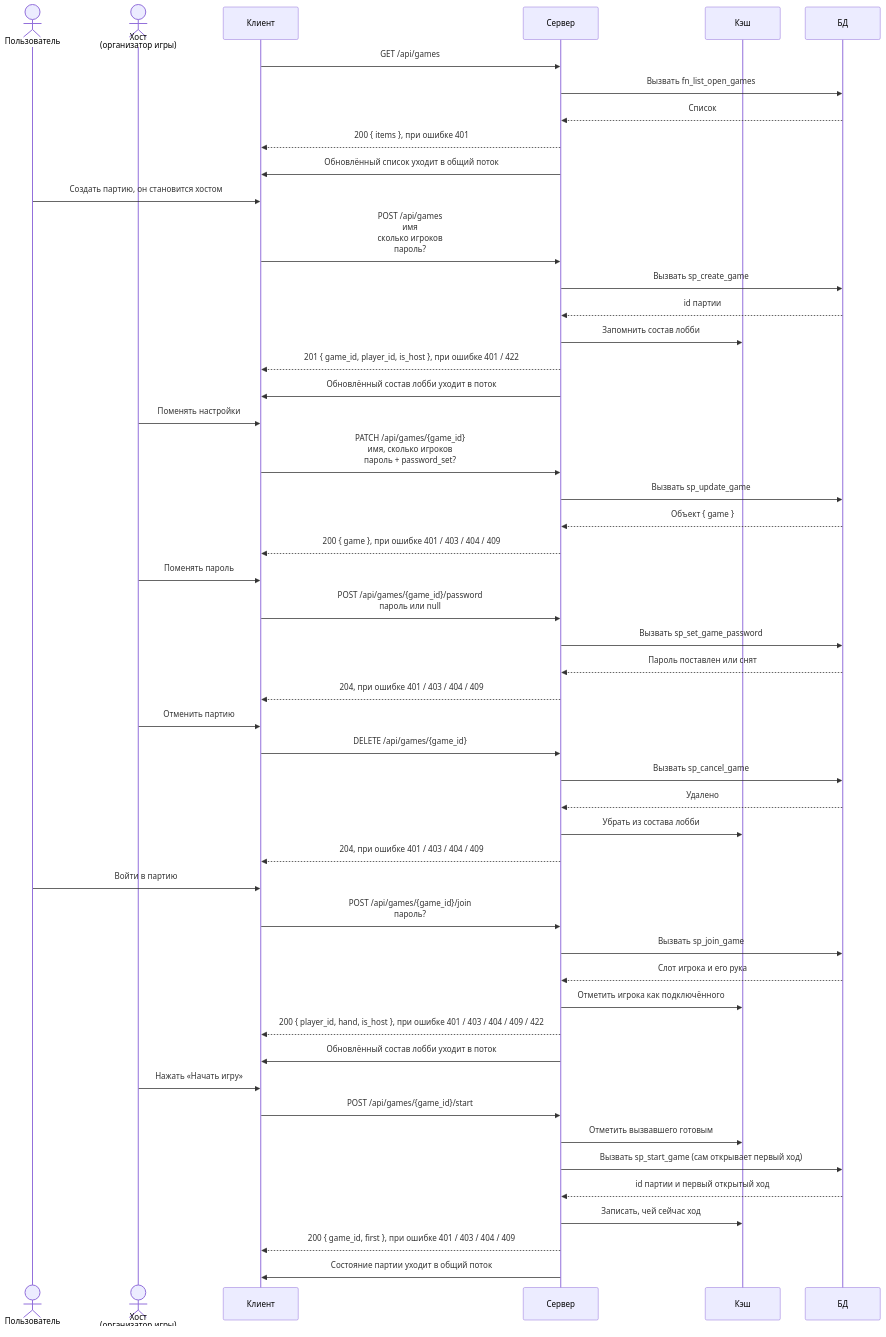
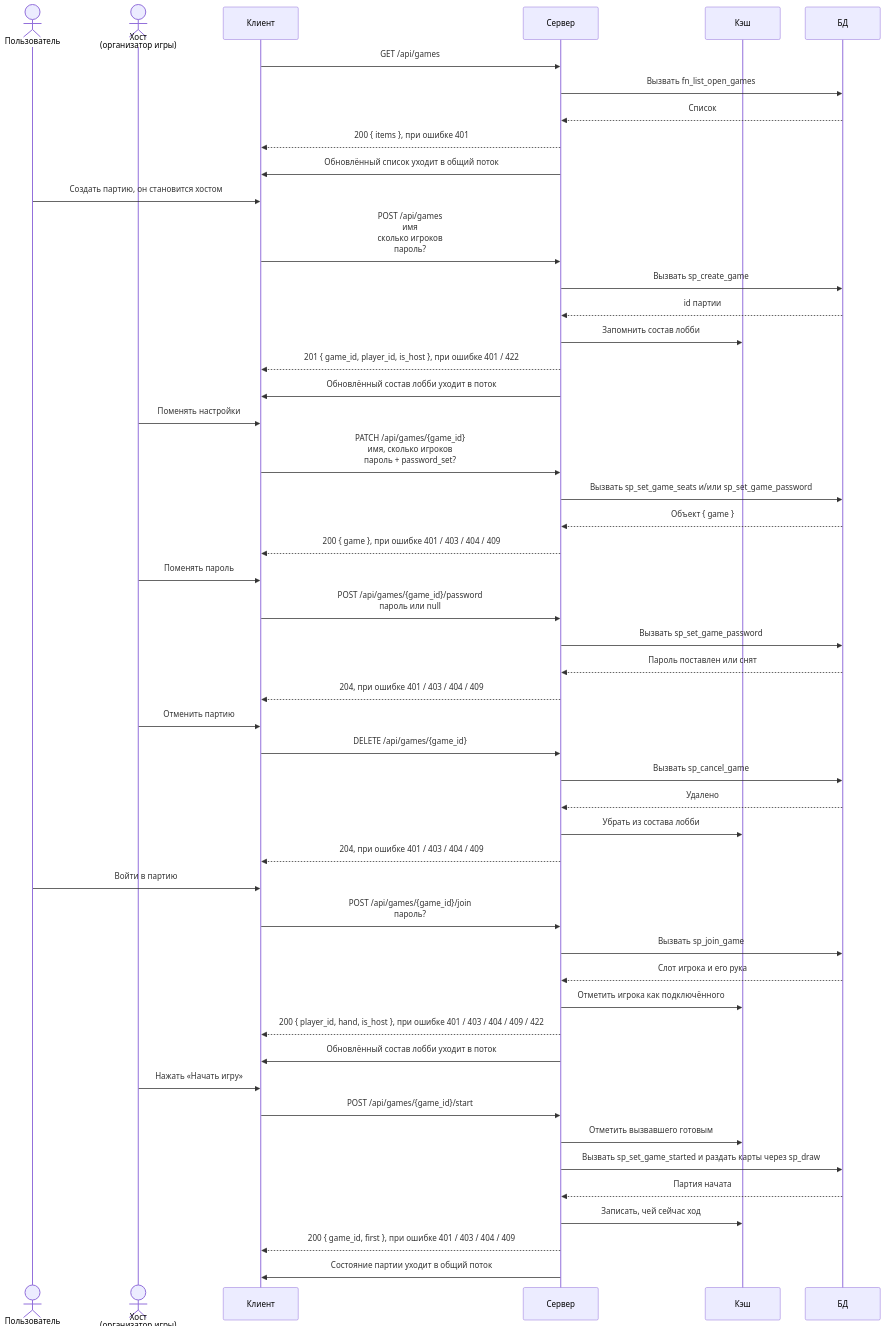
The diagram in diagrams/lobby.mmd (docup1/edin-game), drawn with Mermaid before and after one commit. The commit also changed 18 other files, not shown here.

```diff
--- a/diagrams/lobby.mmd
+++ b/diagrams/lobby.mmd
@@ -1,91 +1,91 @@
 %% Всё до игры: список, создание, настройки, отмена, вход, старт.
 %% Действуют двое: обычный пользователь и хост, то есть организатор партии.
 %% Партия ещё не началась, поэтому состав лобби в кэше, факты в базе.
 %% Диаграмма делится по смыслу, а не по наличию {game_id}: пароль ставят до
 %% игры, поэтому разбирается здесь, хотя по духу это админская настройка.
 sequenceDiagram
     actor U as Пользователь
     actor H as Хост<br/>(организатор игры)
     participant C as Клиент
     participant S as Сервер
     participant K as Кэш
     participant D as БД
 
     %% Фильтры has_slot, mine и search живут в колонке Query таблицы в API.md,
     %% на стрелке их нет: список и так уходит в поток целиком.
     C->>S: GET /api/games
     S->>D: Вызвать fn_list_open_games
     D-->>S: Список
     S-->>C: 200 { items }, при ошибке 401
     S->>C: Обновлённый список уходит в общий поток
 
     U->>C: Создать партию, он становится хостом
     C->>S: POST /api/games<br/>имя<br/>сколько игроков<br/>пароль?
     S->>D: Вызвать sp_create_game
     D-->>S: id партии
     S->>K: Запомнить состав лобби
     S-->>C: 201 { game_id, player_id, is_host }, при ошибке 401 / 422
     S->>C: Обновлённый состав лобби уходит в поток
 
     H->>C: Поменять настройки
     C->>S: PATCH /api/games/{game_id}<br/>имя, сколько игроков<br/>пароль + password_set?
-    S->>D: Вызвать sp_update_game
+    S->>D: Вызвать sp_set_game_seats и/или sp_set_game_password
     D-->>S: Объект { game }
     S-->>C: 200 { game }, при ошибке 401 / 403 / 404 / 409
 
     H->>C: Поменять пароль
     C->>S: POST /api/games/{game_id}/password<br/>пароль или null
     S->>D: Вызвать sp_set_game_password
     D-->>S: Пароль поставлен или снят
     S-->>C: 204, при ошибке 401 / 403 / 404 / 409
 
     H->>C: Отменить партию
     C->>S: DELETE /api/games/{game_id}
     S->>D: Вызвать sp_cancel_game
     D-->>S: Удалено
     S->>K: Убрать из состава лобби
     S-->>C: 204, при ошибке 401 / 403 / 404 / 409
 
     U->>C: Войти в партию
     C->>S: POST /api/games/{game_id}/join<br/>пароль?
     S->>D: Вызвать sp_join_game
     D-->>S: Слот игрока и его рука
     S->>K: Отметить игрока как подключённого
     S-->>C: 200 { player_id, hand, is_host }, при ошибке 401 / 403 / 404 / 409 / 422
     S->>C: Обновлённый состав лобби уходит в поток
 
     H->>C: Нажать «Начать игру»
     C->>S: POST /api/games/{game_id}/start
     S->>K: Отметить вызвавшего готовым
-    S->>D: Вызвать sp_start_game (сам открывает первый ход)
-    D-->>S: id партии и первый открытый ход
+    S->>D: Вызвать sp_set_game_started и раздать карты через sp_draw
+    D-->>S: Партия начата
     S->>K: Записать, чей сейчас ход
     S-->>C: 200 { game_id, first }, при ошибке 401 / 403 / 404 / 409
     S->>C: Состояние партии уходит в общий поток
 
     %% Список требует сессии, поэтому гостя без входа здесь нет: без cookie
     %% приходит 401. В списке есть, сколько мест занято, но нет имён игроков -
     %% имена иначе утекли бы всем подряд.
     %% has_slot - только партии со свободными местами, по умолчанию включён:
     %% иначе пользователь кликнет в партию без мест и получит отказ. mine -
     %% только свои партии. Страниц нет: список приходит целиком и в общий поток,
     %% поэтому опрашивать его вручную не нужно.
     %% max_players вне диапазона 2..6 или пустое имя - 422.
     %% Приглашение - обычная ссылка /game/{id}, отдельная сущность в базе не нужна.
     %% Настройки меняет только хост и только до старта. max_players нельзя сделать
     %% меньше занятых мест. Пароль в PATCH трогается только при password_set = true,
     %% тогда password можно обнулить через null.
     %% Отдельная ручка /password меняет только пароль: sp_set_game_password,
     %% тот же хост и то же условие «до старта». null снимает пароль.
     %% Отмена - настоящее удаление, а не флаг cancelled: иначе про него пришлось бы
     %% вечно помнить.
     %% join проверяет пароль, свободное место и что партия не началась. Но если
     %% за игроком уже есть место - пускает обратно даже после старта и отдаёт
     %% его настоящую руку (пустую, если он выходил: тогда рука ушла в сброс).
     %% Раньше leave место сохранял, а join отказывал, и вышедший оставался
     %% заперт снаружи.
     %% Отказ от входа - это не leave: до старта место просто освобождается.
     %% start отмечает готовым и запускает: готовность - это факт, а не действие,
     %% и живёт в кэше. 409 если готовы не все, причём готовность не сбрасывается.
     %% Состав лобби и текущий ход живут в кэше, в базе только факты: игроки,
     %% карты, ходы.
```
